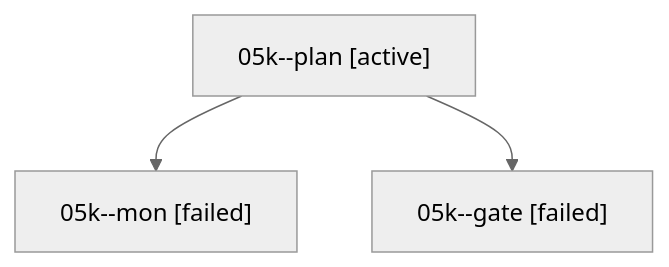
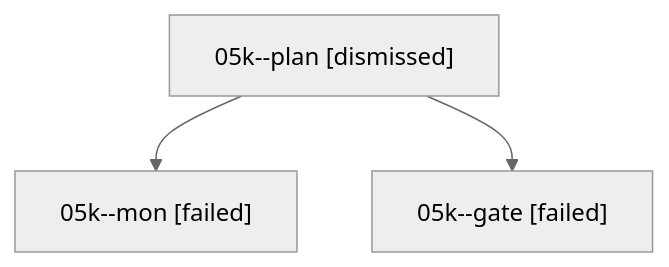
One commit to sase-org/sase--agents changed the diagram in sessions/bbugyi200.athena.05k.md. Above: the diagram before and after it, drawn with Mermaid (neutral theme). The commit also changed other lines of this file and 24 other files, not shown here.

````diff
--- a/sessions/bbugyi200.athena.05k.md
+++ b/sessions/bbugyi200.athena.05k.md
@@ -9,8 +9,8 @@
 ```mermaid
 flowchart TD
-  n0["05k--plan [active]"]
+  n0["05k--plan [dismissed]"]
   n1["05k--mon [failed]"]
   n0 --> n1
   n2["05k--gate [failed]"]
   n0 --> n2
 ```
````
